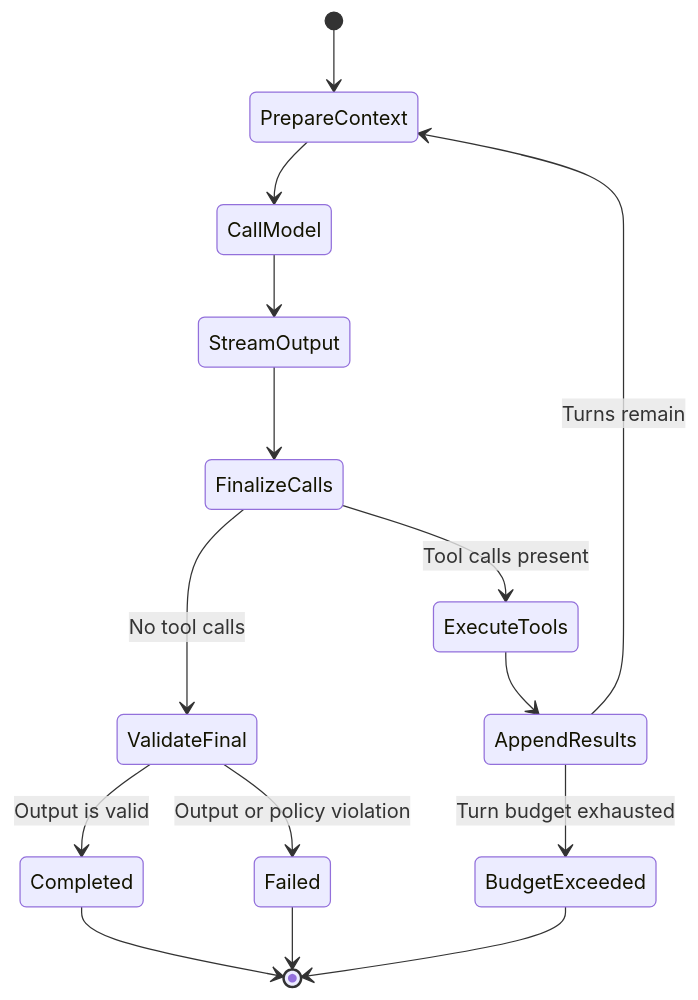
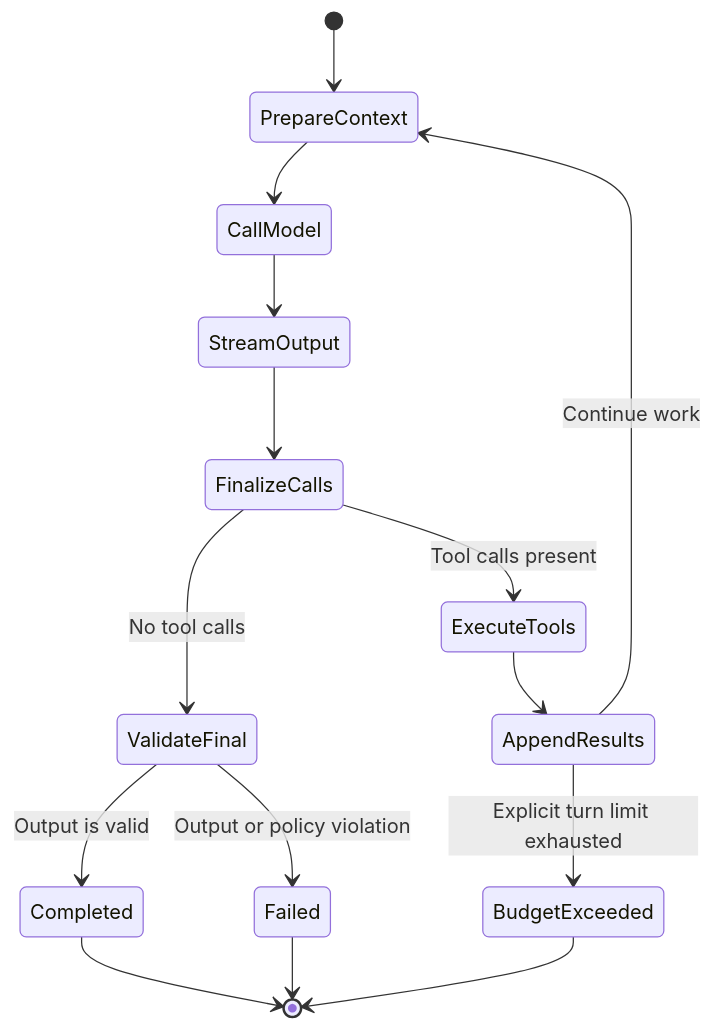
The sixth of 16 diagrams in docs/architecture.md (giridharmunagala/scholarweave), drawn with Mermaid before and after one commit. The commit also changed other lines of this file and 89 other files, not shown here.

````diff
--- a/docs/architecture.md
+++ b/docs/architecture.md
@@ -216,20 +216,20 @@
 ```mermaid
 stateDiagram-v2
     [*] --> PrepareContext
     PrepareContext --> CallModel
     CallModel --> StreamOutput
     StreamOutput --> FinalizeCalls
 
     FinalizeCalls --> ValidateFinal: No tool calls
     ValidateFinal --> Completed: Output is valid
     ValidateFinal --> Failed: Output or policy violation
 
     FinalizeCalls --> ExecuteTools: Tool calls present
     ExecuteTools --> AppendResults
-    AppendResults --> PrepareContext: Turns remain
-    AppendResults --> BudgetExceeded: Turn budget exhausted
+    AppendResults --> PrepareContext: Continue work
+    AppendResults --> BudgetExceeded: Explicit turn limit exhausted
 
     Completed --> [*]
     Failed --> [*]
     BudgetExceeded --> [*]
 ```
````
